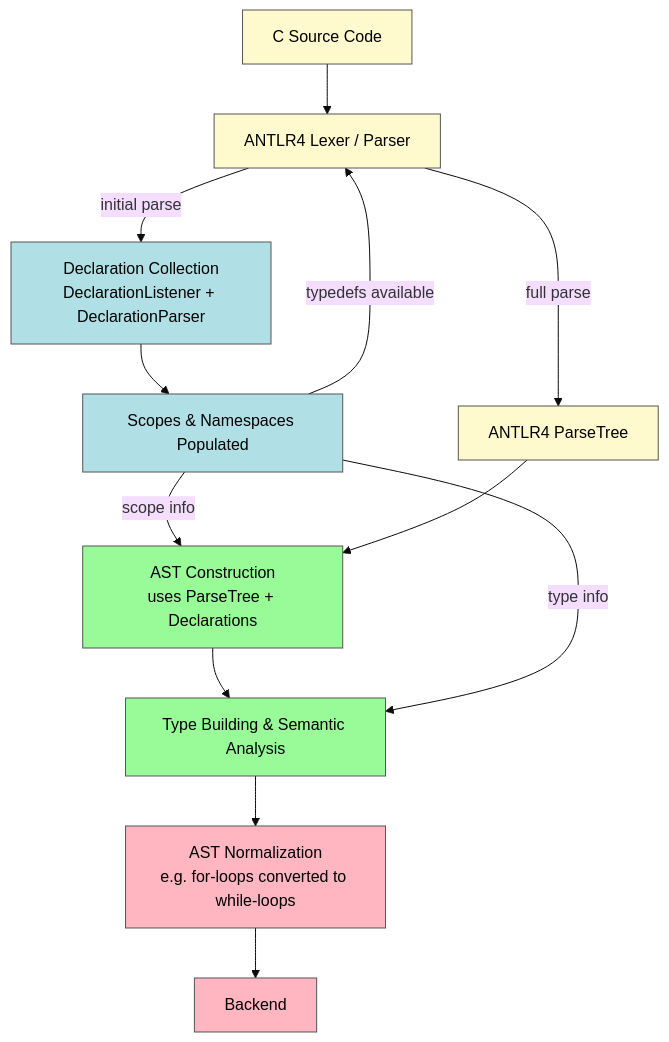
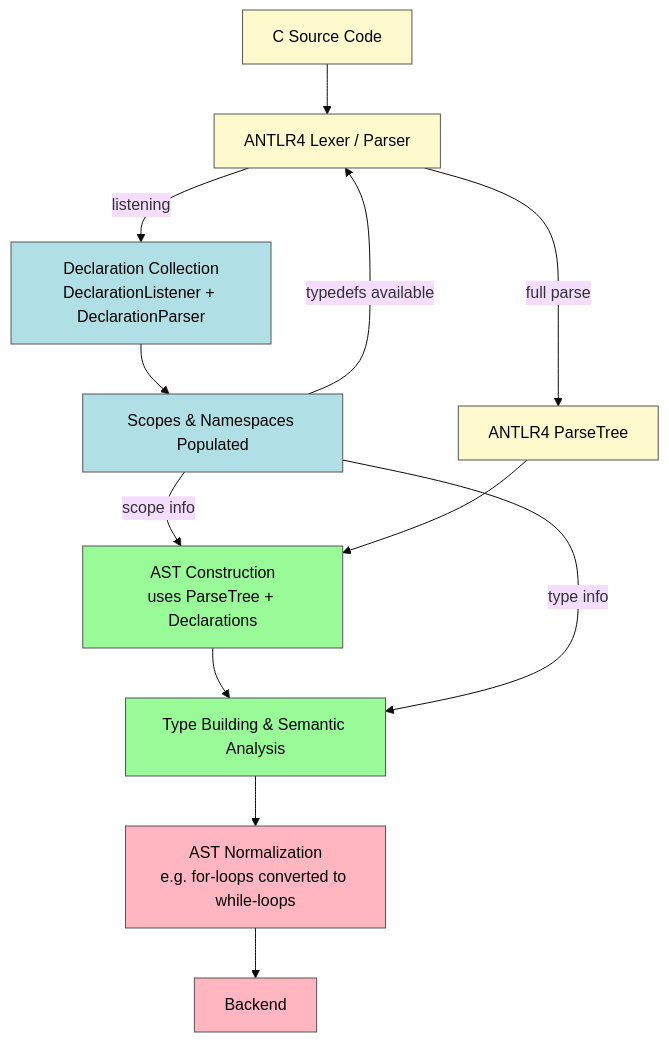
One commit to erwin-kok/conjvm changed the diagram in docs/frontend-diagram.md. Above: the diagram before and after it, drawn with Mermaid (base theme). The commit also changed 6 other files, not shown here.

````diff
--- a/docs/frontend-diagram.md
+++ b/docs/frontend-diagram.md
@@ -1,32 +1,32 @@
 ```mermaid
 flowchart TD
 %% Define Phases Colors (Pastel) with black font
     classDef parserPhase fill:#FFFACD,stroke:#555,stroke-width:1px,color:#000;    %% LemonChiffon
     classDef declPhase fill:#B0E0E6,stroke:#555,stroke-width:1px,color:#000;      %% PowderBlue
     classDef astPhase fill:#98FB98,stroke:#555,stroke-width:1px,color:#000;       %% PaleGreen
     classDef normPhase fill:#FFB6C1,stroke:#555,stroke-width:1px,color:#000;      %% LightPink
 
 %% Nodes
     A[<font color="black">C Source Code</font>]:::parserPhase
 B[<font color="black">ANTLR4 Lexer / Parser</font>]:::parserPhase
 C[<font color="black">Declaration Collection<br/>DeclarationListener + DeclarationParser</font>]:::declPhase
 D[<font color="black">Scopes & Namespaces Populated</font>]:::declPhase
 E[<font color="black">ANTLR4 ParseTree</font>]:::parserPhase
 F[<font color="black">AST Construction<br/>uses ParseTree + Declarations</font>]:::astPhase
 G[<font color="black">Type Building & Semantic Analysis</font>]:::astPhase
 H[<font color="black">AST Normalization<br/>e.g. for-loops converted to while-loops</font>]:::normPhase
 I[<font color="black">Backend</font><br/>]:::normPhase
 
 %% Arrows with labels
 A --> B
-B -- initial parse --> C
+B -- listening --> C
 C --> D
 D -- typedefs available --> B
 B -- full parse --> E
 D -- scope info --> F
 E --> F
 F --> G
 D -- type info --> G
 G --> H
 H --> I
 ```
````
